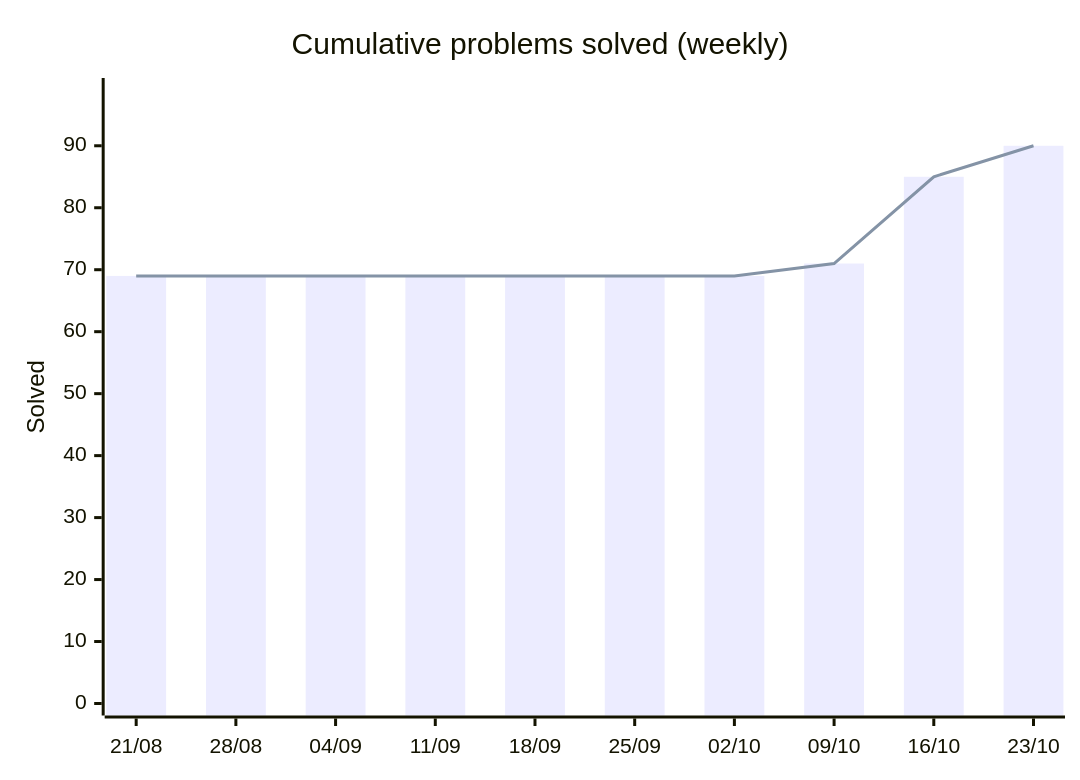
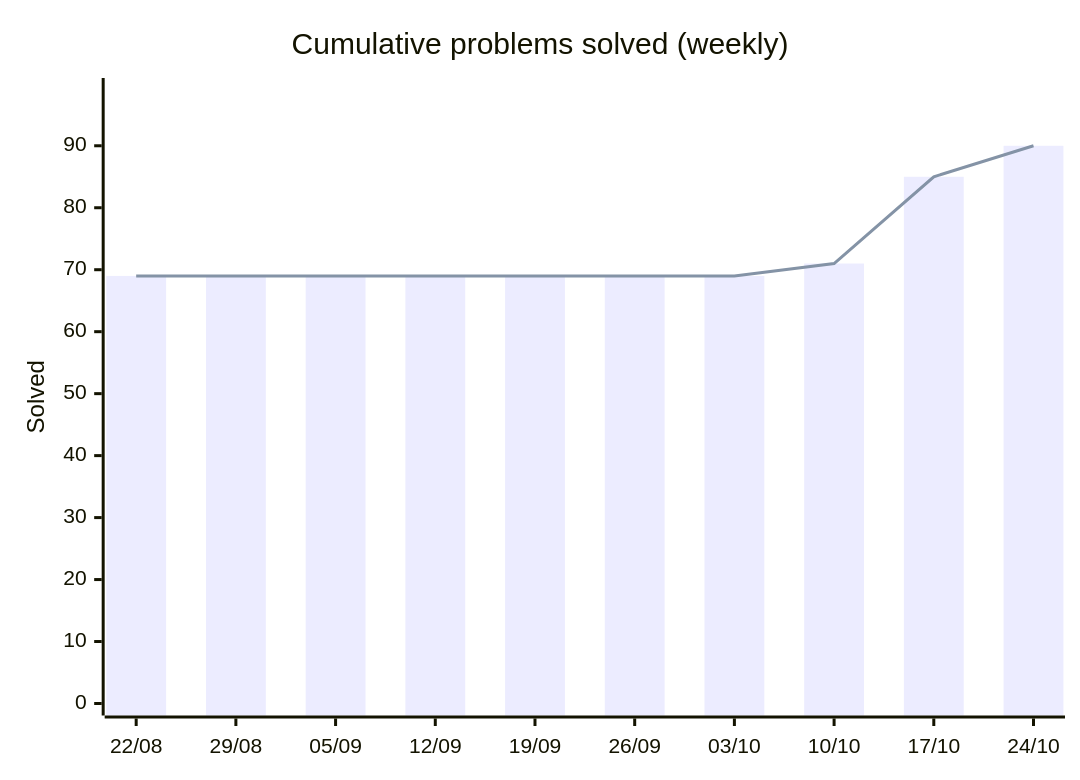
Before and after one commit to HarryTrn/TensorTonic-Solutions: the first of 2 diagrams in README.md, drawn with Mermaid. The commit also changed other lines of this file, not shown here.

Commit message:
docs: auto-update README [skip ci]

````diff
--- a/README.md
+++ b/README.md
@@ -65,8 +65,8 @@
 ```mermaid
 xychart-beta
     title "Cumulative problems solved (weekly)"
-    x-axis ["21/08", "28/08", "04/09", "11/09", "18/09", "25/09", "02/10", "09/10", "16/10", "23/10"]
+    x-axis ["22/08", "29/08", "05/09", "12/09", "19/09", "26/09", "03/10", "10/10", "17/10", "24/10"]
     y-axis "Solved" 0 --> 99
     bar [69, 69, 69, 69, 69, 69, 69, 71, 85, 90]
     line [69, 69, 69, 69, 69, 69, 69, 71, 85, 90]
 ```
````
